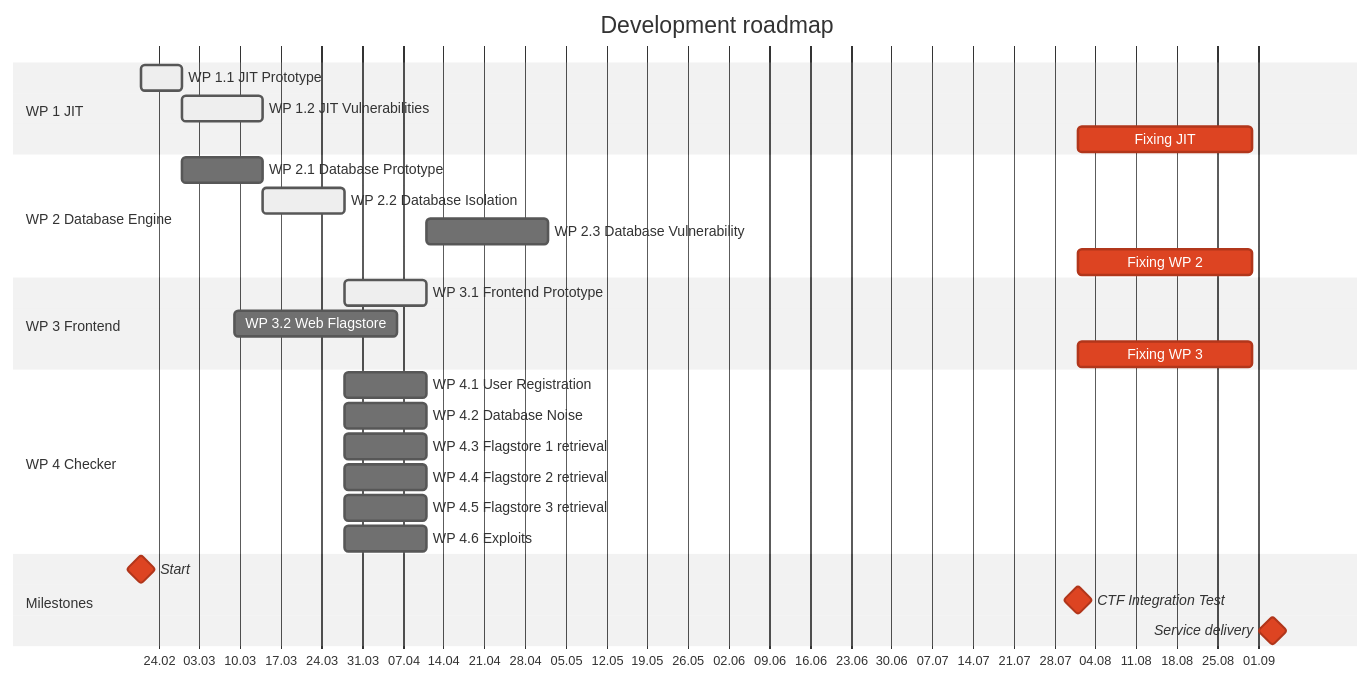
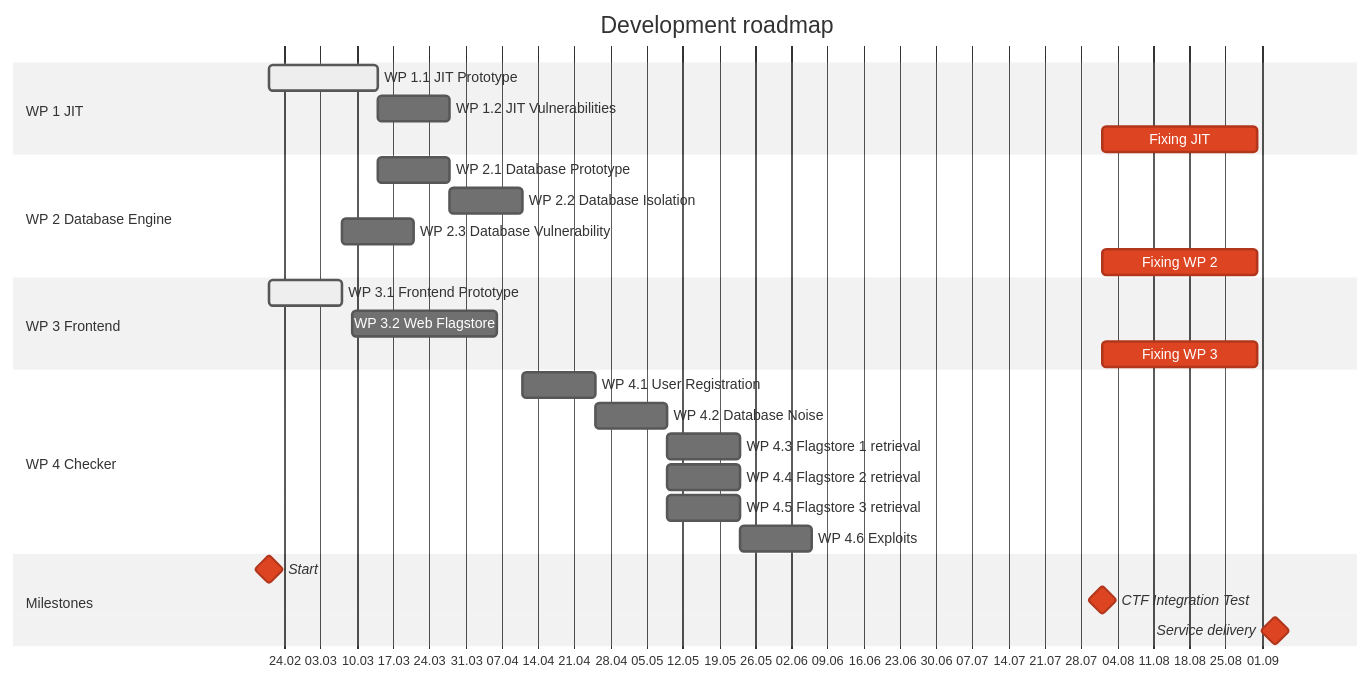
One commit to itsme-zeix/ecsc2025-service-Jitterish changed the diagram in README.md. Above: the diagram before and after it, drawn with Mermaid.

Commit message:
Update active

````diff
--- a/README.md
+++ b/README.md
@@ -217,43 +217,43 @@
 ```mermaid
 %%{
     init: {
         'themeCSS': 'rect[id^=mkb_].task { fill: #c1e0ea; } rect[id^=singlechar_].task { fill: #fffe95; } rect[id^=both_].task { fill: #c1df89; } rect[class*=active] { stroke-width: 3; } rect[class*=milestone] { fill: #f99e8a; } rect[class*=done] { stroke: #888 !important; } text[class*=doneText] { fill: #888 !important; } text[class*=activeText] { animation: blinker 1s linear infinite; font-weight: bold } @keyframes blinker { 50% { opacity: 0.2; } } text[class*=critText]:not([class*=milestoneText], [class*=doneText]) { fill: #fff !important; } text { fill: #222 !important; } .titleText { font-size: 1.5em; }',
         'gantt': {
-            'leftPadding': 100,
+            'leftPadding': 200,
             'rightPadding': 100
         },
         'theme': 'neutral'
     }
 }%%
 gantt
   title Development roadmap
     dateFormat YYYY-MM-DD
     axisFormat %d.%m
     tickInterval 1week
     weekday monday
     todayMarker on
     section WP 1 JIT
-        WP 1.1 JIT Prototype                        :active, mkb_wp11, after start, 7d
-        WP 1.2 JIT Vulnerabilities                  :active, mkb_wp12, after mkb_wp11, 14d
+        WP 1.1 JIT Prototype                        :active, mkb_wp11, after start, 21d
+        WP 1.2 JIT Vulnerabilities                  :mkb_wp12, after mkb_wp11, 14d
         Fixing JIT                                  :crit, after ctftest, until end
     section WP 2 Database Engine
-        WP 2.1 Database Prototype                   :singlechar_wp21, after mkb_wp11, 14d
-        WP 2.2 Database Isolation                   :active, singlechar_wp22, after singlechar_wp21, 14d
-        WP 2.3 Database Vulnerability               :singlechar_wp23, after both_wp31, 21d
+        WP 2.1 Database Prototype                   :mkb_wp21, after mkb_wp11, 14d
+        WP 2.2 Database Isolation                   :mkb_wp22, after mkb_wp21, 14d
+        WP 2.3 Database Vulnerability               :mkb_wp23, after singlechar_wp31, 14d
         Fixing WP 2                                 :crit, after ctftest, until end
     section WP 3 Frontend
-        WP 3.1 Frontend Prototype                   :active, both_wp31, after mkb_wp13 singlechar_wp22, 14d
-        WP 3.2 Web Flagstore                        :both_wp32, after singlechar_wp14, 28d
+        WP 3.1 Frontend Prototype                   :active, singlechar_wp31, after start, 14d
+        WP 3.2 Web Flagstore                        :singlechar_wp32, after singlechar_wp14, 28d
         Fixing WP 3                                 :crit, after ctftest, until end
     section WP 4 Checker
-        WP 4.1 User Registration                    :both_wp41, after mkb_wp13 singlechar_wp22, 14d
-        WP 4.2 Database Noise                       :both_wp42, after mkb_wp13 singlechar_wp22, 14d
-        WP 4.3 Flagstore 1 retrieval                :both_wp43, after mkb_wp13 singlechar_wp22, 14d
-        WP 4.4 Flagstore 2 retrieval                :both_wp44, after mkb_wp13 singlechar_wp22, 14d
-        WP 4.5 Flagstore 3 retrieval                :both_wp45, after mkb_wp13 singlechar_wp22, 14d
-        WP 4.6 Exploits                             :both_wp46, after mkb_wp13 singlechar_wp22, 14d
+        WP 4.1 User Registration                    :both_wp41, after mkb_wp13 mkb_wp22, 14d
+        WP 4.2 Database Noise                       :both_wp42, after both_wp41, 14d
+        WP 4.3 Flagstore 1 retrieval                :both_wp43, after both_wp42, 14d
+        WP 4.4 Flagstore 2 retrieval                :both_wp44, after both_wp42, 14d
+        WP 4.5 Flagstore 3 retrieval                :both_wp45, after both_wp42, 14d
+        WP 4.6 Exploits                             :both_wp46, after both_wp45, 14d
     section Milestones
         Start                                       :milestone, crit, start, 2025-02-21, 0d
         CTF Integration Test                        :milestone, crit, ctftest, 2025-08-01, 0d
         Service delivery                            :milestone, crit, end, 2025-08-31, 7d
 ```
````
